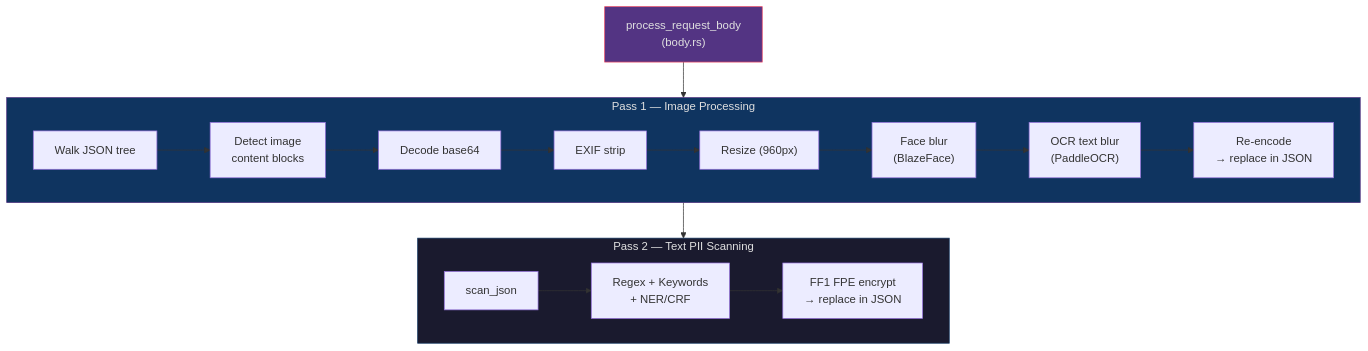
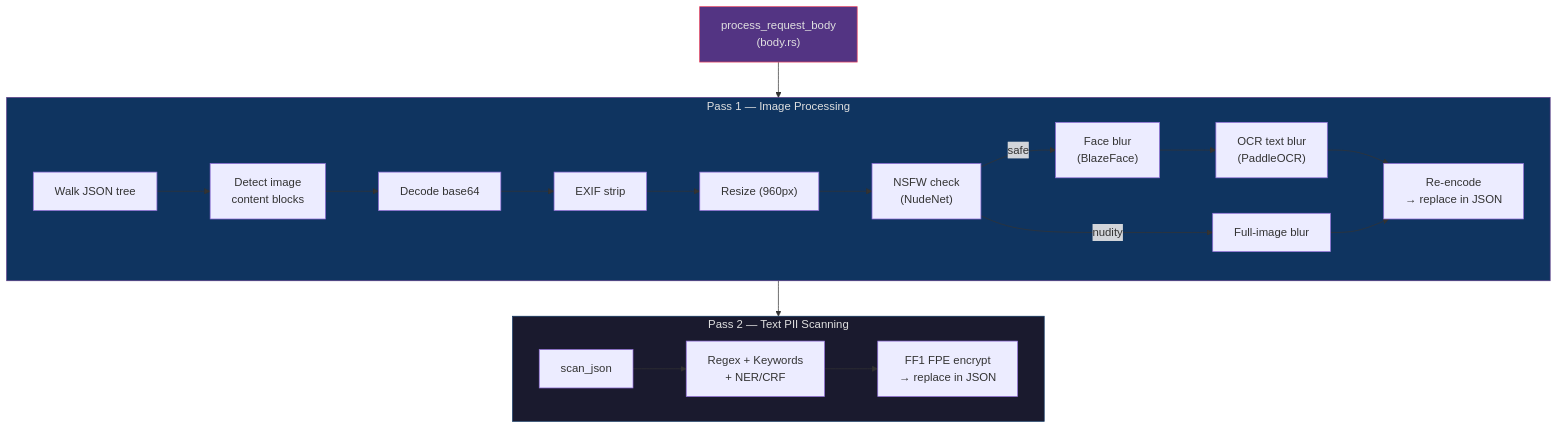
Diagram 13 of 13 in ARCHITECTURE.md (OpenObscure/OpenObscure), drawn with Mermaid before and after one commit. The commit also changed other lines of this file and 23 other files, not shown here.

First line of the commit message:
Add NSFW detection, face blur fix, detection verification framework

````diff
--- a/ARCHITECTURE.md
+++ b/ARCHITECTURE.md
@@ -590,28 +590,31 @@
 ```mermaid
 flowchart TB
     entry["process_request_body\n(body.rs)"]
 
     subgraph pass1 ["Pass 1 — Image Processing"]
         direction LR
         walk["Walk JSON tree"] --> detect["Detect image\ncontent blocks"]
         detect --> decode["Decode base64"]
         decode --> exif["EXIF strip"]
         exif --> resize["Resize (960px)"]
-        resize --> face["Face blur\n(BlazeFace)"]
+        resize --> nsfw["NSFW check\n(NudeNet)"]
+        nsfw -->|"safe"| face["Face blur\n(BlazeFace)"]
+        nsfw -->|"nudity"| fullblur["Full-image blur"]
         face --> ocr["OCR text blur\n(PaddleOCR)"]
         ocr --> encode["Re-encode\n→ replace in JSON"]
+        fullblur --> encode
     end
 
     subgraph pass2 ["Pass 2 — Text PII Scanning"]
         direction LR
         scan["scan_json"] --> match["Regex + Keywords\n+ NER/CRF"]
         match --> encrypt["FF1 FPE encrypt\n→ replace in JSON"]
     end
 
     entry --> pass1
     pass1 --> pass2
 
     style entry fill:#533483,stroke:#e94560,color:#e0e0e0
     style pass1 fill:#0f3460,stroke:#533483,color:#e0e0e0
     style pass2 fill:#1a1a2e,stroke:#0f3460,color:#e0e0e0
 ```
````
